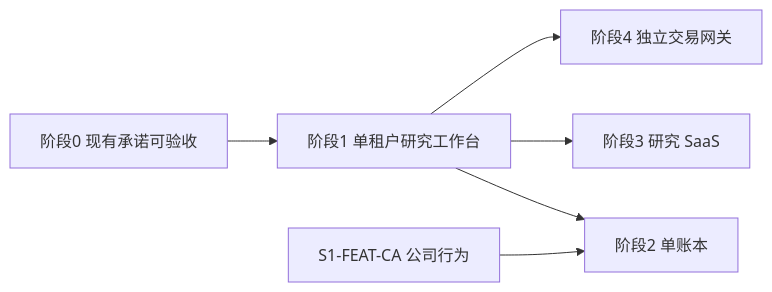
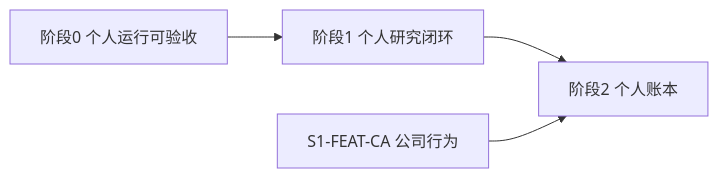
The diagram in docs/内部路线图.md (youtaya/quap), drawn with Mermaid before and after one commit. The commit also changed other lines of this file, not shown here.

First line of the commit message:
Narrow the roadmap to personal use.

````diff
--- a/docs/内部路线图.md
+++ b/docs/内部路线图.md
@@ -39,14 +44,10 @@
 ```mermaid
 flowchart LR
-  s0[阶段0 现有承诺可验收]
-  s1[阶段1 单租户研究工作台]
+  s0[阶段0 个人运行可验收]
+  s1[阶段1 个人研究闭环]
   ca[S1-FEAT-CA 公司行为]
-  s2[阶段2 单账本]
-  s3[阶段3 研究 SaaS]
-  s4[阶段4 独立交易网关]
+  s2[阶段2 个人账本]
   s0 --> s1
   s1 --> s2
   ca --> s2
-  s1 --> s3
-  s1 --> s4
 ```
````
